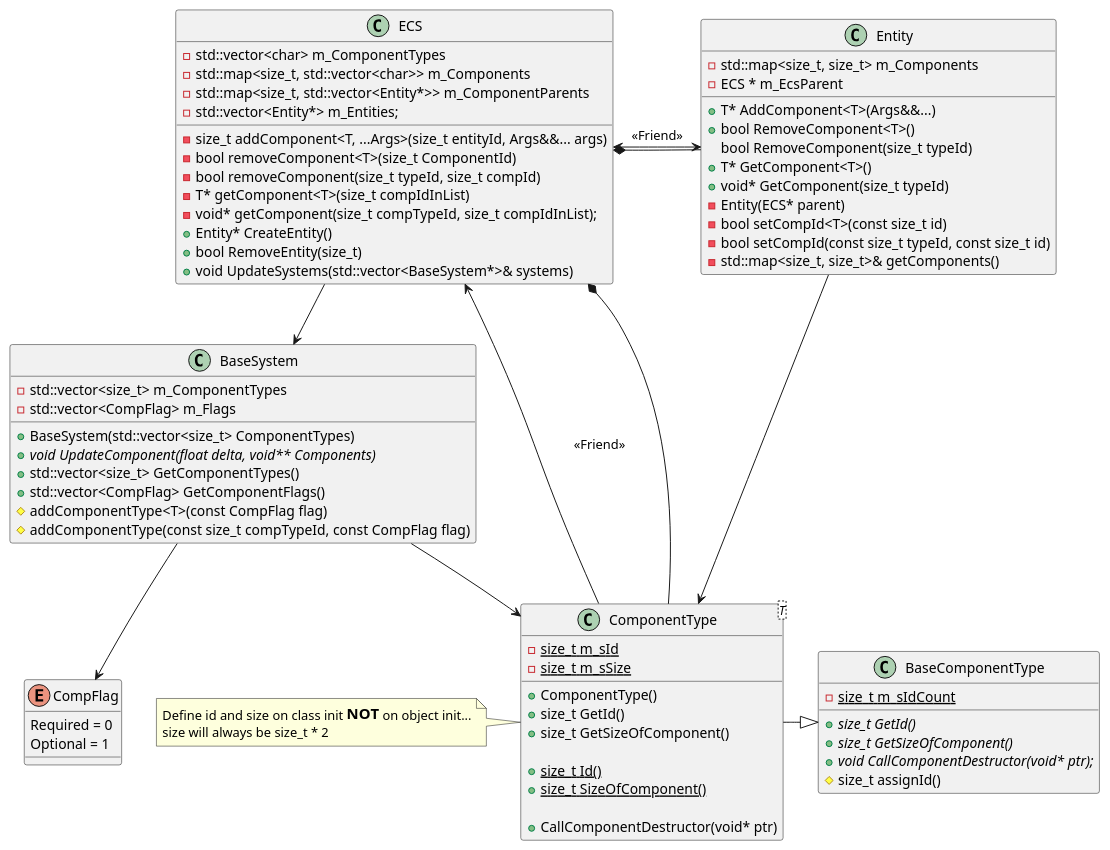
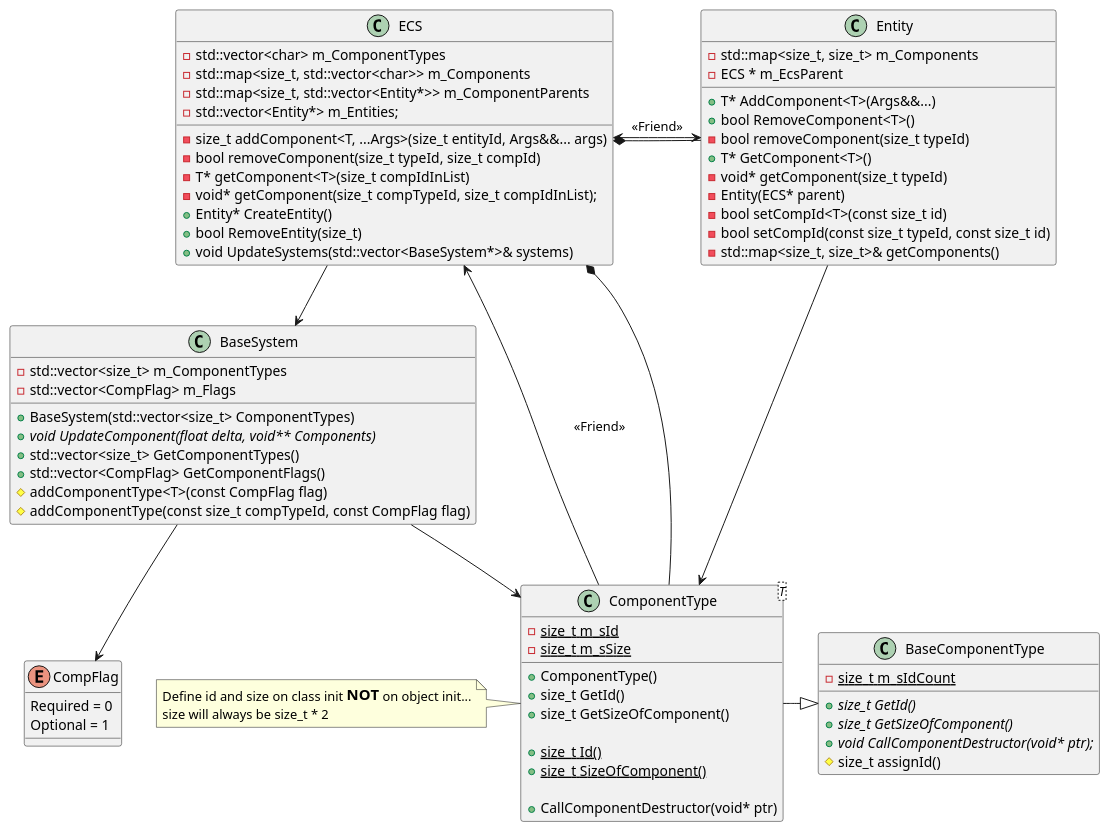
One commit to Schtekt/FryEngine changed the diagram in FryEngine/src/FryEngine/ECS/Documentation/UML.plantuml. Above: the diagram before and after it, drawn with PlantUML. The commit also changed 9 other files, not shown here.

```diff
--- a/FryEngine/src/FryEngine/ECS/Documentation/UML.plantuml
+++ b/FryEngine/src/FryEngine/ECS/Documentation/UML.plantuml
@@ -1,96 +1,95 @@
 @startuml ECS
 class ECS 
 {
     - std::vector<char> m_ComponentTypes
     - std::map<size_t, std::vector<char>> m_Components
     - std::map<size_t, std::vector<Entity*>> m_ComponentParents
     - std::vector<Entity*> m_Entities;
  
     - size_t addComponent<T, ...Args>(size_t entityId, Args&&... args)
-    - bool removeComponent<T>(size_t ComponentId)
     - bool removeComponent(size_t typeId, size_t compId)
     - T* getComponent<T>(size_t compIdInList)
     - void* getComponent(size_t compTypeId, size_t compIdInList);
     + Entity* CreateEntity()
     + bool RemoveEntity(size_t)
     + void UpdateSystems(std::vector<BaseSystem*>& systems)
 }
 
 class BaseComponentType 
 {
     +{abstract}size_t GetId()
     +{abstract}size_t GetSizeOfComponent()
     +{abstract}void CallComponentDestructor(void* ptr);
     # size_t assignId()
     -{static} size_t m_sIdCount
 }
 
 class ComponentType<T>
 {
     +ComponentType()
     +size_t GetId()
     +size_t GetSizeOfComponent()
     
     +{static} size_t Id()
     +{static} size_t SizeOfComponent()
 
     +CallComponentDestructor(void* ptr)
 
     -{static} size_t m_sId
     -{static} size_t m_sSize
 }
 
 class Entity
 {
     -std::map<size_t, size_t> m_Components
     -ECS * m_EcsParent
 
     +T* AddComponent<T>(Args&&...)
     +bool RemoveComponent<T>()
-    bool RemoveComponent(size_t typeId)
+    -bool removeComponent(size_t typeId)
     +T* GetComponent<T>()
-    +void* GetComponent(size_t typeId)
+    -void* getComponent(size_t typeId)
     -Entity(ECS* parent)
     -bool setCompId<T>(const size_t id)
     -bool setCompId(const size_t typeId, const size_t id)
     -std::map<size_t, size_t>& getComponents()
 }
 
 class BaseSystem
 {
     +BaseSystem(std::vector<size_t> ComponentTypes)
     +{abstract} void UpdateComponent(float delta, void** Components)
     + std::vector<size_t> GetComponentTypes()
     + std::vector<CompFlag> GetComponentFlags()
 
     - std::vector<size_t> m_ComponentTypes
     - std::vector<CompFlag> m_Flags
     # addComponentType<T>(const CompFlag flag)
     # addComponentType(const size_t compTypeId, const CompFlag flag)
 }
 
 enum CompFlag
 {
     Required = 0
     Optional = 1
 }
 
 
 note left of ComponentType
     Define id and size on class init <size:15><b>NOT</b></size> on object init...
     size will always be size_t * 2
 end note
 
 
 
 
 ComponentType -|> BaseComponentType
 ECS *- Entity
 ECS <--> Entity : <<Friend>>
 ECS <-- ComponentType : <<Friend>>
 ECS *- ComponentType
 ECS --> BaseSystem
 BaseSystem --> ComponentType
 BaseSystem --> CompFlag
 Entity -> ComponentType
 @enduml
```
